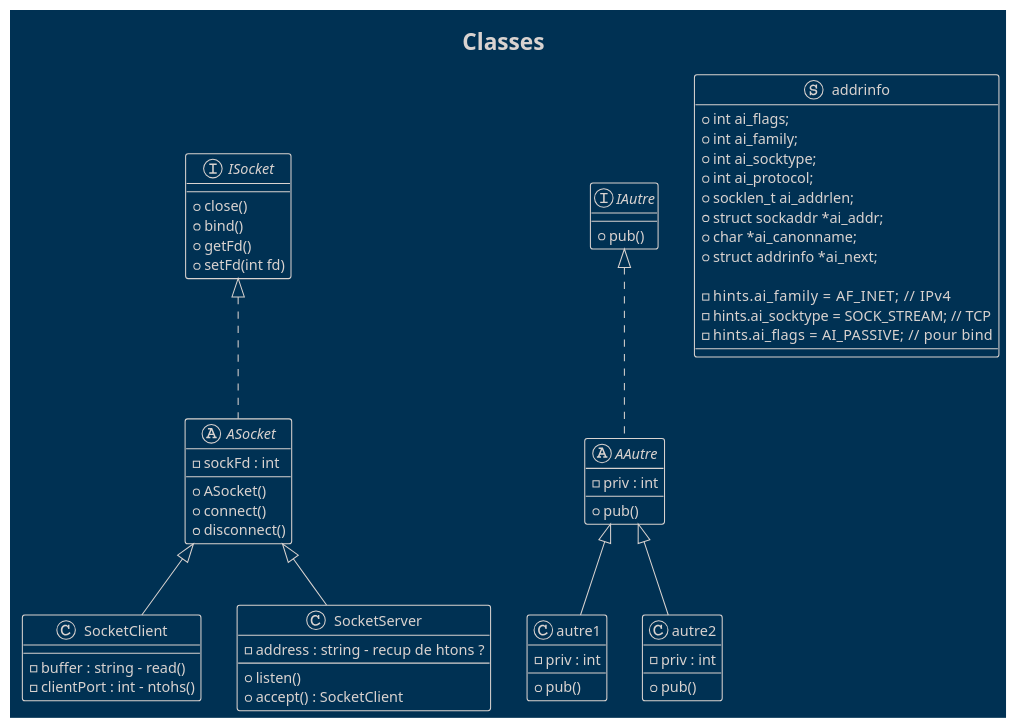
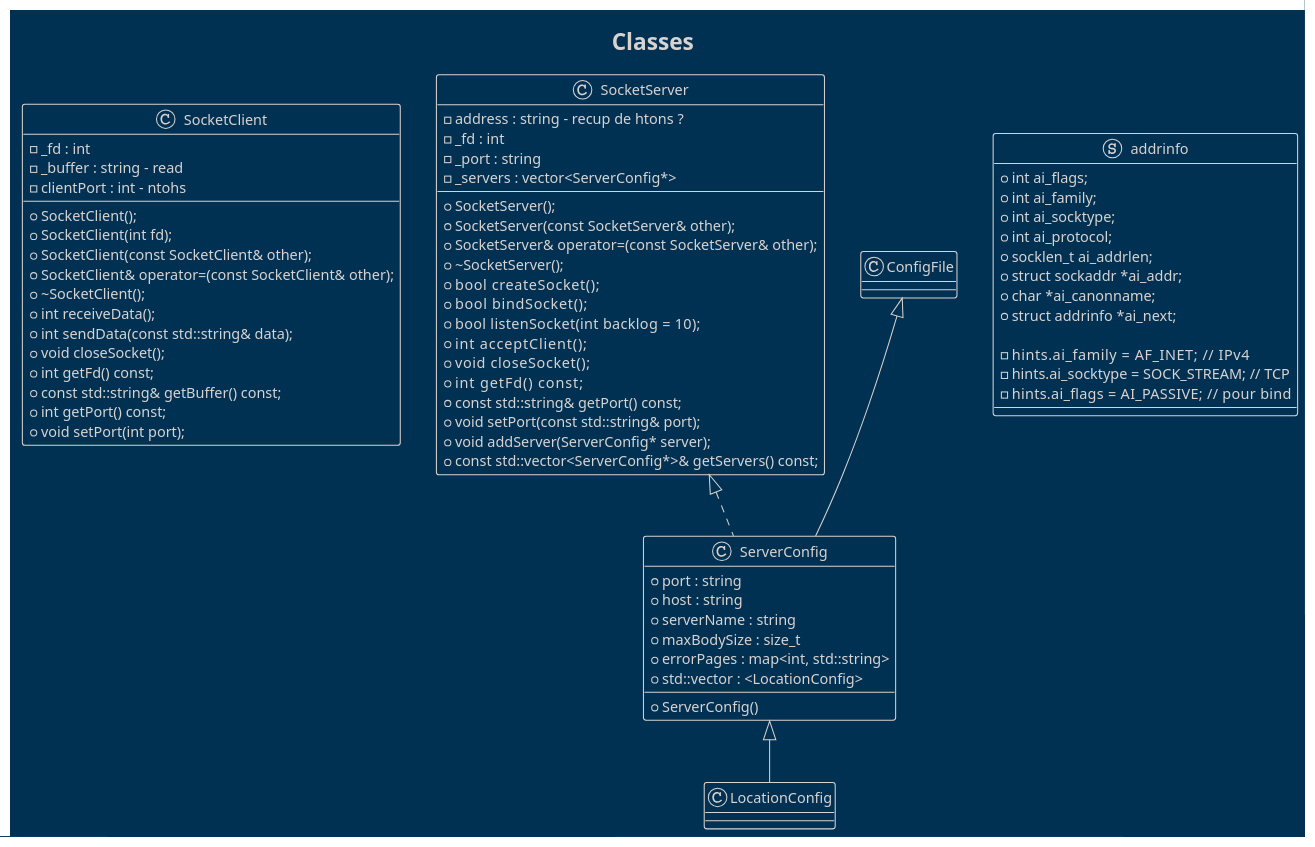
Before and after one commit to Hyliah/WebServ: the diagram in PUML/classes.puml, drawn with PlantUML. The commit also changed 1 other file, not shown here.

```diff
--- a/PUML/classes.puml
+++ b/PUML/classes.puml
@@ -1,89 +1,121 @@
 @startuml
 !theme blueprint
 
 title Classes
 
-' Interface
-interface ISocket {
-    +close()
-    +bind()
-    +getFd()
-    +setFd(int fd)
-}
-
-' Classe abstraite
-abstract class ASocket {
-    -sockFd : int
-    
-
-    +ASocket()
-    +connect()
-    +disconnect()
-}
-
 ' Socket client
 class SocketClient {
-    -buffer : string - read()
-    -clientPort : int - ntohs()
+    -_fd : int
+    -_buffer : string - read
+    -clientPort : int - ntohs
 
+    +SocketClient();
+    +SocketClient(int fd);
+	+SocketClient(const SocketClient& other);
+	+SocketClient& operator=(const SocketClient& other);
+    +~SocketClient();
+    +int receiveData();
+    +int sendData(const std::string& data);
+    +void closeSocket();
+    +int getFd() const;
+    +const std::string& getBuffer() const;
+    +int getPort() const;
+    +void setPort(int port);
 }
 
 ' Socket serveur
 class SocketServer {
     -address : string - recup de htons ?
-    +listen()
-    +accept() : SocketClient
+    -_fd : int
+    -_port : string
+    -_servers : vector<ServerConfig*>
+    +SocketServer();
+	+SocketServer(const SocketServer& other);
+	+SocketServer& operator=(const SocketServer& other);
+    +~SocketServer();
+    +bool    createSocket();
+    +bool    bindSocket();
+    +bool    listenSocket(int backlog = 10);
+    +int     acceptClient();
+    +void    closeSocket();
+    +int     getFd() const;
+    +const std::string& getPort() const;
+    +void setPort(const std::string& port);
+    +void addServer(ServerConfig* server);
+    +const std::vector<ServerConfig*>& getServers() const;
 }
 
-' Relations
-ISocket <|.. ASocket
-ASocket <|-- SocketClient
-ASocket <|-- SocketServer
+' Socket ServerConfig
+class ServerConfig {
+	+port : string	
+	+host : string	
+	+serverName : string
+	+maxBodySize : size_t
+	+errorPages : map<int, std::string>
+	+std::vector : <LocationConfig>
+
+	+ServerConfig() 
+}
+
+SocketServer <|.. ServerConfig
+ConfigFile <|-- ServerConfig
+ServerConfig <|-- LocationConfig
+
+' Socket LocationConfig
+class LocationConfig {
+
+}
+
+' Socket LocationConfig
+class ConfigFile {
+
+}
 
 
 
-' Interface
-interface IAutre {
-    + pub()
-}
 
-' Abstraite
-abstract class AAutre {
-    - priv : int
-    + pub()
-}
+' ' Interface
+' interface IAutre {
+'     + pub()
+' }
 
-' Classe 1
-class autre1 {
-    - priv : int
-    + pub()
-}
+' ' Abstraite
+' abstract class AAutre {
+'     - priv : int
+'     + pub()
+' }
 
-' classe 2
-class autre2 {
-    - priv : int
-    + pub()
-}
+' ' Classe 1
+' class autre1 {
+'     - priv : int
+'     + pub()
+' }
 
-' Relations
-IAutre <|.. AAutre
-AAutre <|-- autre1
-AAutre <|-- autre2
+' ' classe 2
+' class autre2 {
+'     - priv : int
+'     + pub()
+' }
+
+' ' Relations
+' IAutre <|.. AAutre
+' AAutre <|-- autre1
+' AAutre <|-- autre2
 
 
 struct addrinfo {
     +int ai_flags;
     +int ai_family;
     +int ai_socktype;
     +int ai_protocol;
     +socklen_t ai_addrlen;
     +struct sockaddr *ai_addr;
     +char *ai_canonname;
     +struct addrinfo *ai_next;
 
     - hints.ai_family = AF_INET;      // IPv4
     - hints.ai_socktype = SOCK_STREAM; // TCP
     - hints.ai_flags = AI_PASSIVE;    // pour bind
 }
 
 @enduml
```
